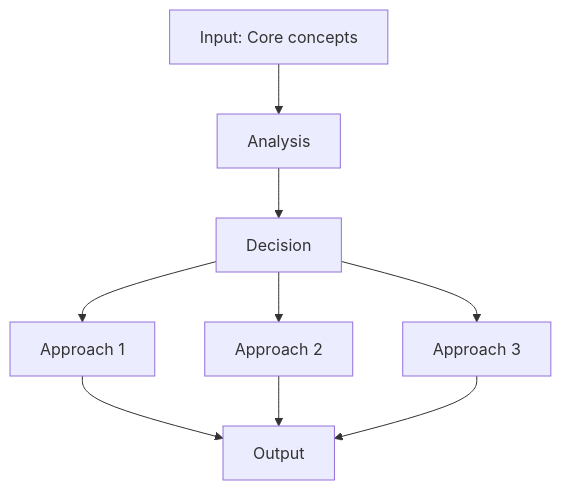
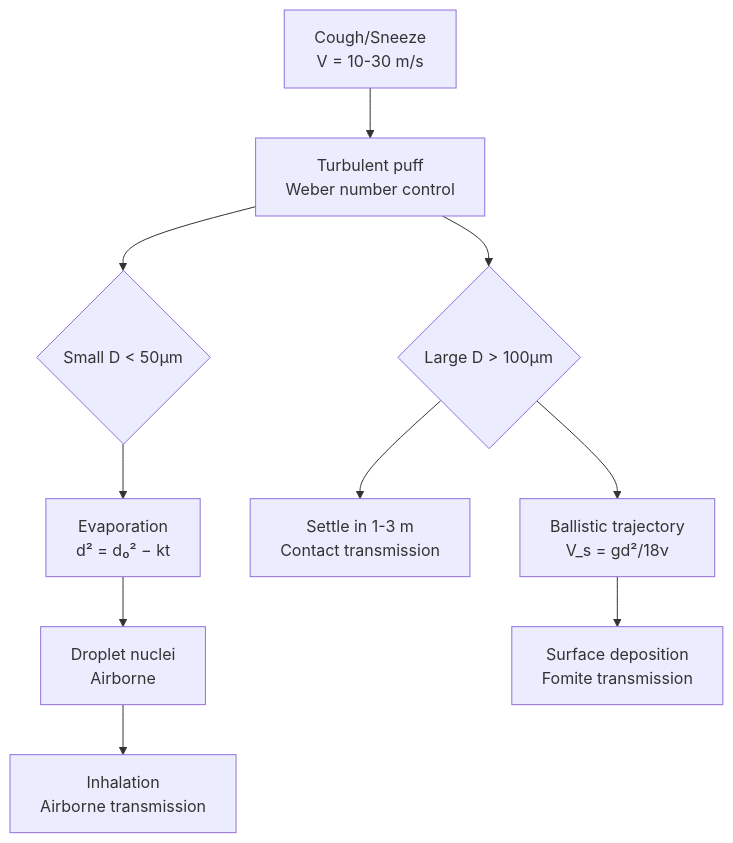
The diagram in MIT_CEE_Core/Track_1_Environment/Environmental_Life_Sciences/01_1.063_Fluids_and_Disease.md (yip-lgtm/civil-bootcamp), drawn with Mermaid before and after one commit. The commit also changed other lines of this file and 21 other files, not shown here.

````diff
--- a/MIT_CEE_Core/Track_1_Environment/Environmental_Life_Sciences/01_1.063_Fluids_and_Disease.md
+++ b/MIT_CEE_Core/Track_1_Environment/Environmental_Life_Sciences/01_1.063_Fluids_and_Disease.md
@@ -90,11 +129,12 @@
 ```mermaid
 graph TD
-    A[Input: Core concepts] --> B[Analysis]
-    B --> C[Decision]
-    C --> D[Approach 1]
-    C --> E[Approach 2]
-    C --> F[Approach 3]
-    D --> G[Output]
-    E --> G
-    F --> G
+    A[Cough/Sneeze<br/>V = 10-30 m/s] --> B[Turbulent puff<br/>Weber number control]
+    B --> C{Large D > 100μm}
+    B --> D{Small D < 50μm}
+    C --> E[Ballistic trajectory<br/>V_s = gd²/18ν]
+    C --> F[Settle in 1-3 m<br/>Contact transmission]
+    D --> G[Evaporation<br/>d² = d₀² − kt]
+    G --> H[Droplet nuclei<br/>Airborne]
+    H --> I[Inhalation<br/>Airborne transmission]
+    E --> J[Surface deposition<br/>Fomite transmission]
 ```
````
